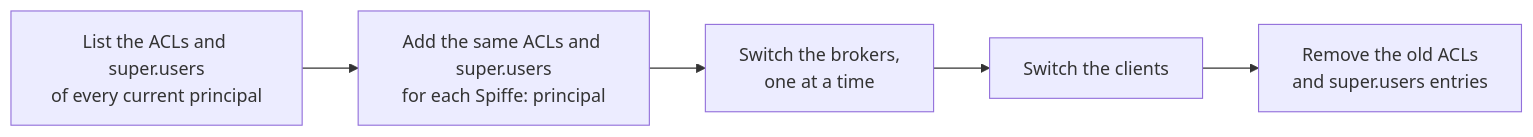
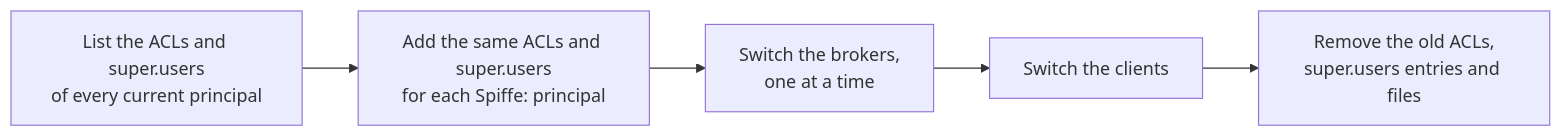
The diagram in docs/operator.md (bpalermo/kafka-spiffe), drawn with Mermaid before and after one commit. The commit also changed other lines of this file and 17 other files, not shown here.

````diff
--- a/docs/operator.md
+++ b/docs/operator.md
@@ -205,7 +205,7 @@
 ```mermaid
 flowchart LR
     a["List the ACLs and super.users<br/>of every current principal"] --> b["Add the same ACLs and super.users<br/>for each Spiffe: principal"]
     b --> c["Switch the brokers,<br/>one at a time"]
     c --> d["Switch the clients"]
-    d --> e["Remove the old ACLs<br/>and super.users entries"]
+    d --> e["Remove the old ACLs,<br/>super.users entries and files"]
 ```
````
